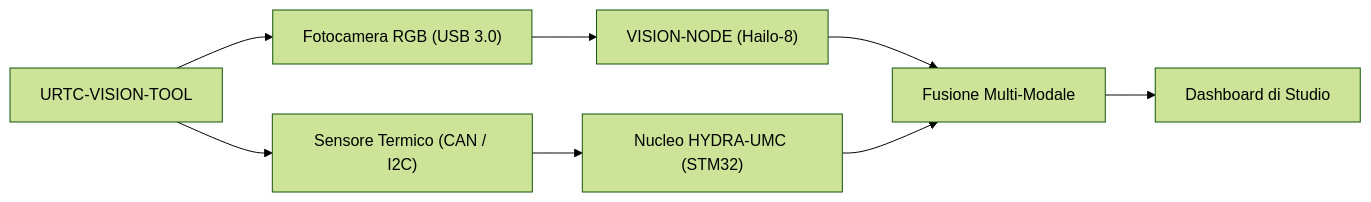
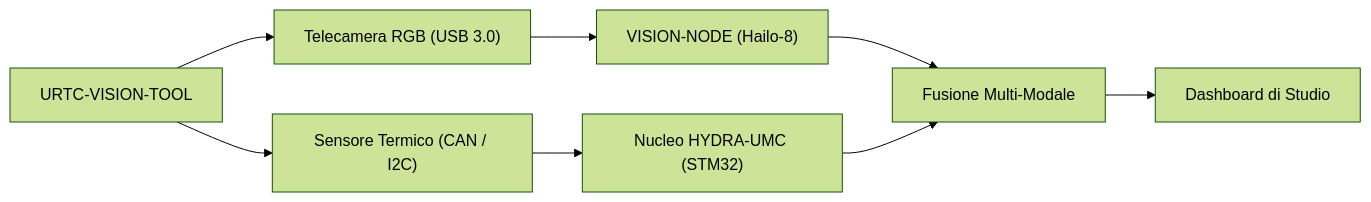
One commit to JuanenRac/URTC-VISION-TOOL changed the diagram in README_ita.md. Above: the diagram before and after it, drawn with Mermaid (forest theme). The commit also changed other lines of this file and 5 other files, not shown here.

````diff
--- a/README_ita.md
+++ b/README_ita.md
@@ -86,10 +86,10 @@
 ```mermaid
 flowchart LR
-    TOOL["URTC-VISION-TOOL"] --> RGB["Fotocamera RGB (USB 3.0)"]
+    TOOL["URTC-VISION-TOOL"] --> RGB["Telecamera RGB (USB 3.0)"]
     TOOL --> THRM["Sensore Termico (CAN / I2C)"]
     RGB --> VISION["VISION-NODE (Hailo-8)"]
     THRM --> CORE["Nucleo HYDRA-UMC (STM32)"]
     VISION --> SYNC["Fusione Multi-Modale"]
     CORE --> SYNC
     SYNC --> DASH["Dashboard di Studio"]
 ```
````
